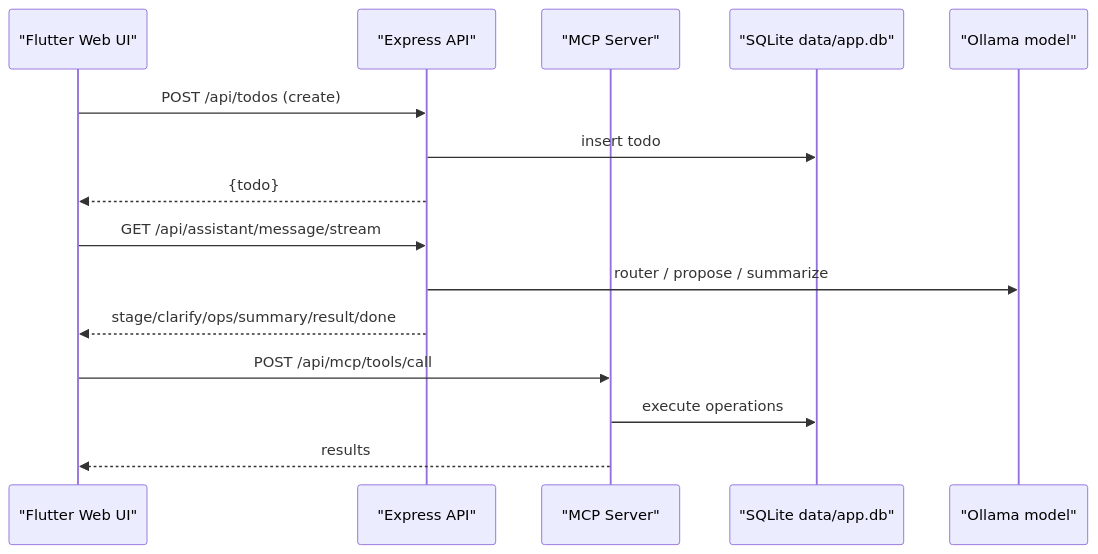
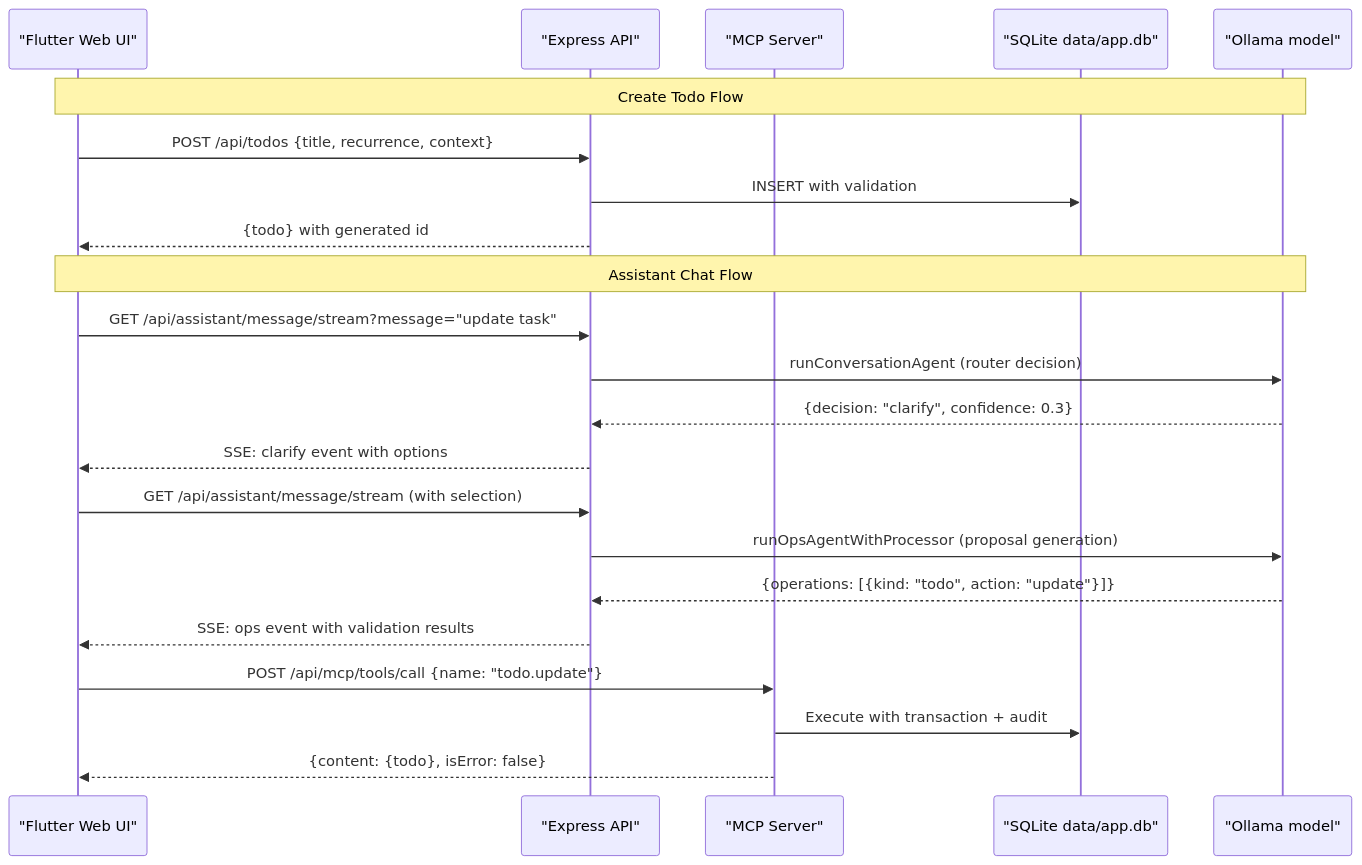
Before and after one commit to dantheman454/habit_app: the second of 2 diagrams in docs/mindmap/README.md, drawn with Mermaid. The commit also changed other lines of this file and 13 other files, not shown here.

First line of the commit message:
feat: enhance task and event management with context and recurrence features

````diff
--- a/docs/mindmap/README.md
+++ b/docs/mindmap/README.md
@@ -35,20 +38,28 @@
 ```mermaid
 sequenceDiagram
   participant UI as "Flutter Web UI"
   participant API as "Express API"
   participant MCP as "MCP Server"
   participant DB as "SQLite data/app.db"
   participant LLM as "Ollama model"
 
-  UI->>API: POST /api/todos (create)
-  API->>DB: insert todo
-  API-->>UI: {todo}
+  Note over UI,LLM: Create Todo Flow
+  UI->>API: POST /api/todos {title, recurrence, context}
+  API->>DB: INSERT with validation
+  API-->>UI: {todo} with generated id
 
-  UI->>API: GET /api/assistant/message/stream
-  API->>LLM: router / propose / summarize
-  API-->>UI: stage/clarify/ops/summary/result/done
-
-  UI->>MCP: POST /api/mcp/tools/call
-  MCP->>DB: execute operations
-  MCP-->>UI: results
+  Note over UI,LLM: Assistant Chat Flow
+  UI->>API: GET /api/assistant/message/stream?message="update task"
+  API->>LLM: runConversationAgent (router decision)
+  LLM-->>API: {decision: "clarify", confidence: 0.3}
+  API-->>UI: SSE: clarify event with options
+  
+  UI->>API: GET /api/assistant/message/stream (with selection)
+  API->>LLM: runOpsAgentWithProcessor (proposal generation)
+  LLM-->>API: {operations: [{kind: "todo", action: "update"}]}
+  API-->>UI: SSE: ops event with validation results
+  
+  UI->>MCP: POST /api/mcp/tools/call {name: "todo.update"}
+  MCP->>DB: Execute with transaction + audit
+  MCP-->>UI: {content: {todo}, isError: false}
 ```
````
